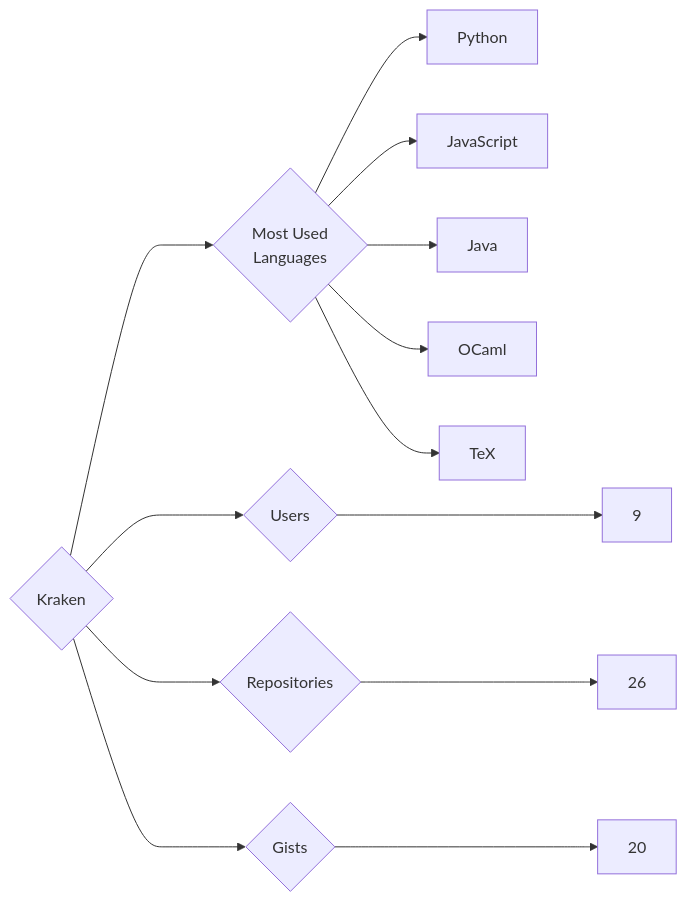
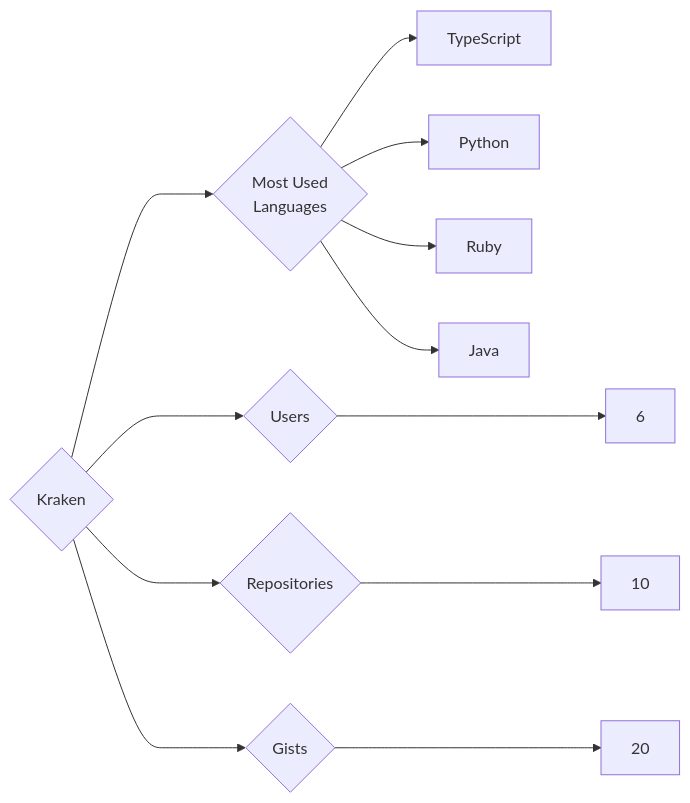
The diagram in targets/Kraken/README.md (trickest/insiders), drawn with Mermaid before and after one commit. The commit also changed 1389 other files, not shown here.

````diff
--- a/targets/Kraken/README.md
+++ b/targets/Kraken/README.md
@@ -3,13 +3,12 @@
 ```mermaid
 graph LR
 COMPANY_NAME{Kraken}
-COMPANY_NAME ---> U{Users} ---> UN[9]
-COMPANY_NAME ---> R{Repositories} ---> RN[26]
+COMPANY_NAME ---> U{Users} ---> UN[6]
+COMPANY_NAME ---> R{Repositories} ---> RN[10]
 COMPANY_NAME ---> G{Gists} ---> GN[20]
 COMPANY_NAME ---> ML{Most Used<br>Languages}
+ML --> TypeScript[TypeScript]
 ML --> Python[Python]
-ML --> JavaScript[JavaScript]
+ML --> Ruby[Ruby]
 ML --> Java[Java]
-ML --> OCaml[OCaml]
-ML --> TeX[TeX]
 ```
````
